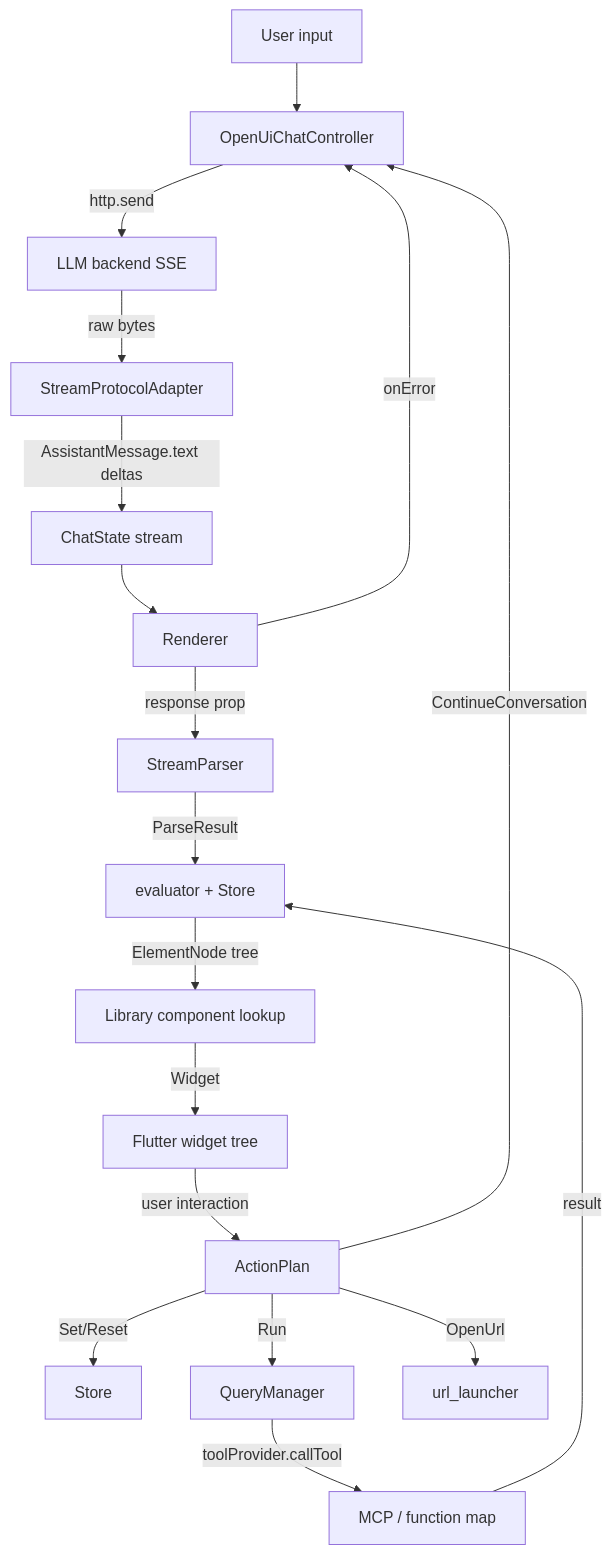
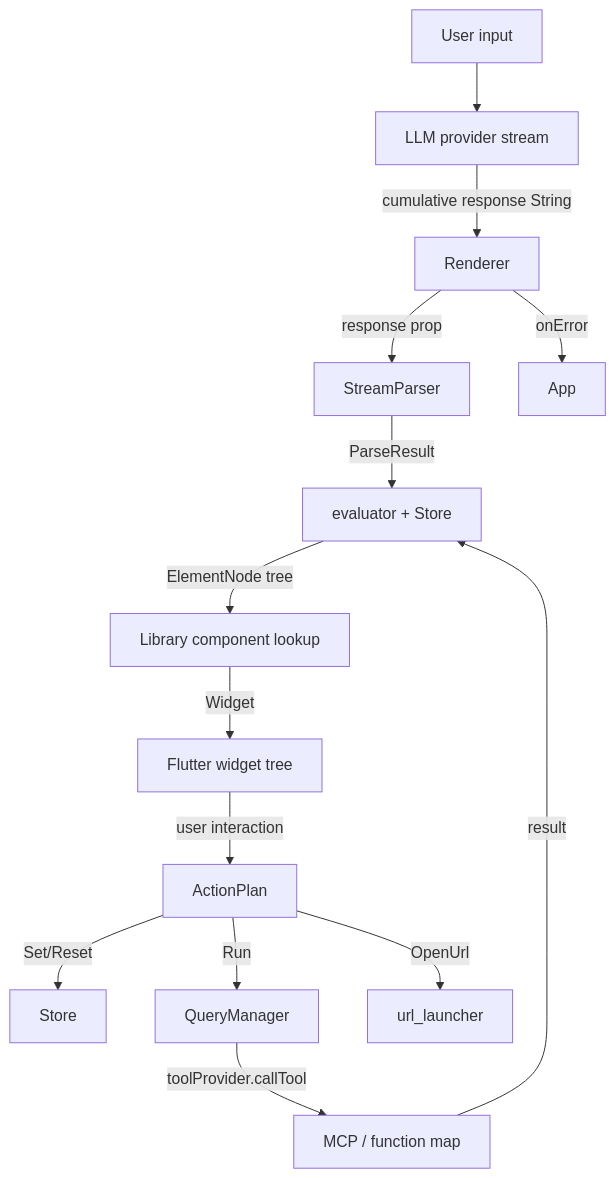
The second of 2 diagrams in docs/architecture.md (mtwichel/openui_flutter), drawn with Mermaid before and after one commit. The commit also changed other lines of this file and 112 other files, not shown here.

````diff
--- a/docs/architecture.md
+++ b/docs/architecture.md
@@ -53,20 +48,16 @@
 ```mermaid
 flowchart TD
-  User[User input] --> Controller[OpenUiChatController]
-  Controller -->|http.send| Backend[LLM backend SSE]
-  Backend -->|raw bytes| Adapter[StreamProtocolAdapter]
-  Adapter -->|AssistantMessage.text deltas| State[ChatState stream]
-  State --> Renderer
+  User[User input] --> LLM[LLM provider stream]
+  LLM -->|cumulative response String| Renderer
   Renderer -->|response prop| Parser[StreamParser]
   Parser -->|ParseResult| Evaluator[evaluator + Store]
   Evaluator -->|ElementNode tree| ComponentMap[Library component lookup]
   ComponentMap -->|Widget| Tree[Flutter widget tree]
   Tree -->|user interaction| ActionPlan
   ActionPlan -->|Set/Reset| Store
   ActionPlan -->|Run| QueryManager
   QueryManager -->|toolProvider.callTool| Tool[MCP / function map]
   Tool -->|result| Evaluator
-  ActionPlan -->|ContinueConversation| Controller
   ActionPlan -->|OpenUrl| UrlLauncher[url_launcher]
-  Renderer -->|onError| Controller
+  Renderer -->|onError| App
 ```
````
